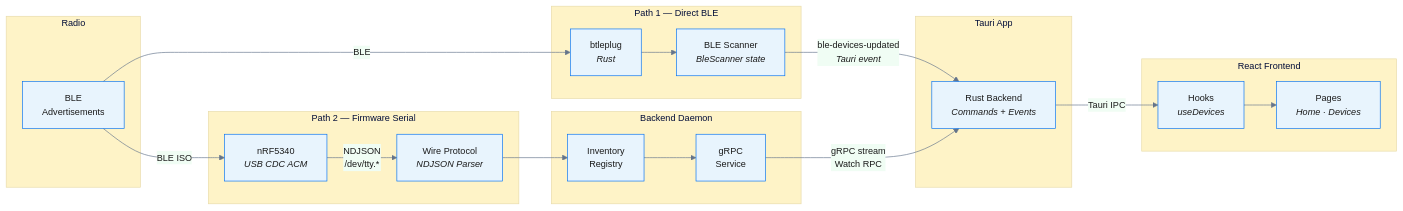
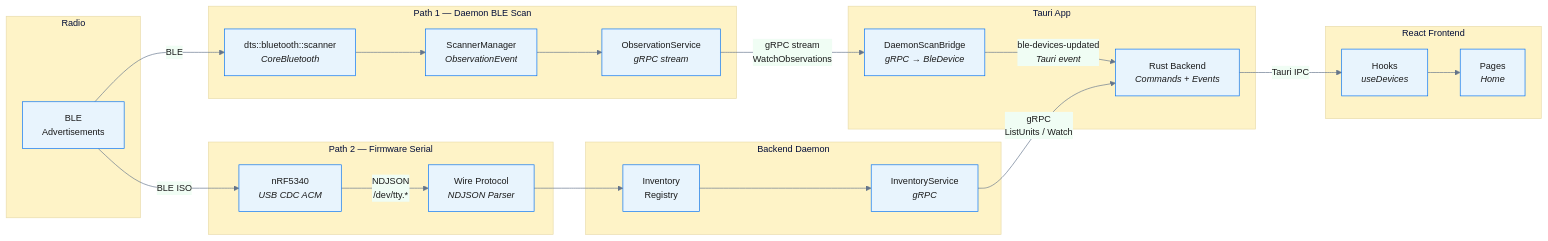
One commit to digimap2000/auracle changed the diagram in docs/diagrams/ARCH-2-data-flow.mmd. Above: the diagram before and after it, drawn with Mermaid. The commit also changed 60 other files, not shown here.

Commit message:
Implement multi-unit scan diagnostics flow

```diff
--- a/docs/diagrams/ARCH-2-data-flow.mmd
+++ b/docs/diagrams/ARCH-2-data-flow.mmd
@@ -1,42 +1,46 @@
 %%{init: {'theme': 'base', 'themeVariables': {'primaryColor': '#e8f4fd', 'primaryBorderColor': '#0070f3', 'primaryTextColor': '#1a1a1a', 'secondaryColor': '#f0fdf4', 'tertiaryColor': '#fef3c7', 'lineColor': '#64748b', 'fontSize': '14px'}}}%%
 flowchart LR
     subgraph Radio["Radio"]
         BLE_ADV["BLE<br/>Advertisements"]
     end
 
-    subgraph Path1["Path 1 — Direct BLE"]
-        btleplug["btleplug<br/><i>Rust</i>"]
-        Scanner["BLE Scanner<br/><i>BleScanner state</i>"]
+    subgraph Path1["Path 1 — Daemon BLE Scan"]
+        CBScanner["dts::bluetooth::scanner<br/><i>CoreBluetooth</i>"]
+        ScanMgr["ScannerManager<br/><i>ObservationEvent</i>"]
+        ObsSvc["ObservationService<br/><i>gRPC stream</i>"]
     end
 
     subgraph Path2["Path 2 — Firmware Serial"]
         nRF["nRF5340<br/><i>USB CDC ACM</i>"]
         WireParser["Wire Protocol<br/><i>NDJSON Parser</i>"]
     end
 
     subgraph DaemonSvc["Backend Daemon"]
         Inventory["Inventory<br/>Registry"]
-        gRPCSvc["gRPC<br/>Service"]
+        InvSvc["InventoryService<br/><i>gRPC</i>"]
     end
 
     subgraph TauriApp["Tauri App"]
+        ScanBridge["DaemonScanBridge<br/><i>gRPC → BleDevice</i>"]
         RustBE["Rust Backend<br/><i>Commands + Events</i>"]
     end
 
     subgraph UI["React Frontend"]
         Hooks["Hooks<br/><i>useDevices</i>"]
-        Pages["Pages<br/><i>Home · Devices</i>"]
+        Pages["Pages<br/><i>Home</i>"]
     end
 
-    BLE_ADV -->|"BLE"| btleplug
-    btleplug --> Scanner
-    Scanner -->|"ble-devices-updated<br/><i>Tauri event</i>"| RustBE
+    BLE_ADV -->|"BLE"| CBScanner
+    CBScanner --> ScanMgr
+    ScanMgr --> ObsSvc
+    ObsSvc -->|"gRPC stream<br/>WatchObservations"| ScanBridge
+    ScanBridge -->|"ble-devices-updated<br/><i>Tauri event</i>"| RustBE
 
     BLE_ADV -->|"BLE ISO"| nRF
     nRF -->|"NDJSON<br/>/dev/tty.*"| WireParser
     WireParser --> Inventory
-    Inventory --> gRPCSvc
-    gRPCSvc -->|"gRPC stream<br/>Watch RPC"| RustBE
+    Inventory --> InvSvc
+    InvSvc -->|"gRPC<br/>ListUnits / Watch"| RustBE
 
     RustBE -->|"Tauri IPC"| Hooks
     Hooks --> Pages
```
